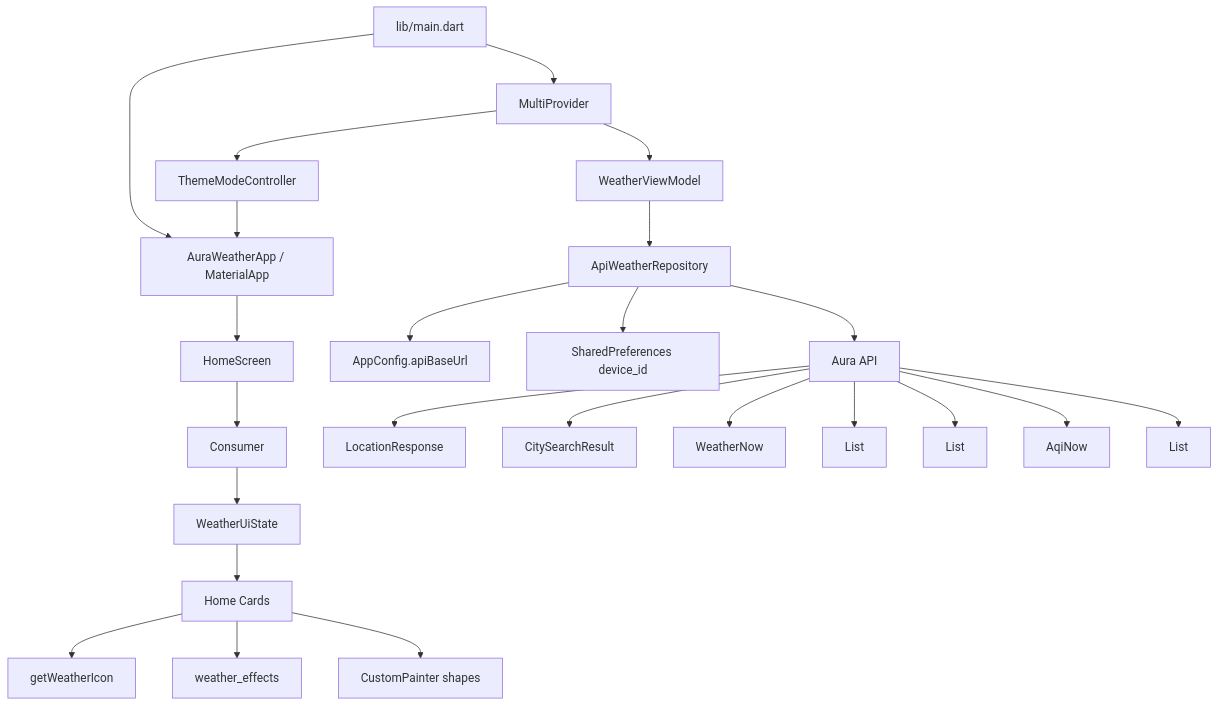
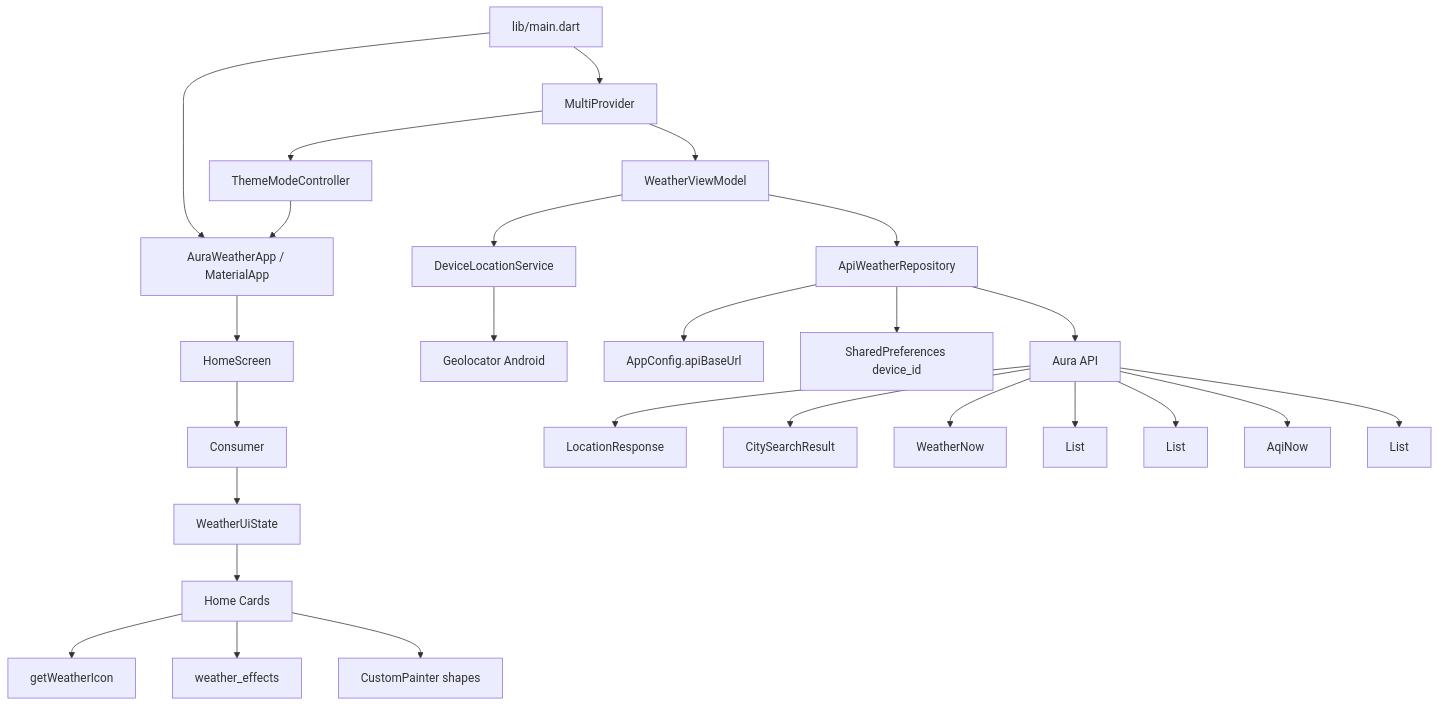
One commit to origami-suki/aura changed the first of 4 diagrams in doc/frontend-architecture.md. Above: the diagram before and after it, drawn with Mermaid. The commit also changed other lines of this file, not shown here.

First line of the commit message:
docs: document Android location bootstrap

````diff
--- a/doc/frontend-architecture.md
+++ b/doc/frontend-architecture.md
@@ -66,29 +69,31 @@
 ```mermaid
 flowchart TD
   main[lib/main.dart] --> provider[MultiProvider]
   provider --> vm[WeatherViewModel]
   provider --> theme[ThemeModeController]
   main --> app[AuraWeatherApp / MaterialApp]
   theme --> app
   app --> home[HomeScreen]
   home --> consumer[Consumer<WeatherViewModel>]
   consumer --> state[WeatherUiState]
 
   vm --> repo[ApiWeatherRepository]
+  vm --> locSvc[DeviceLocationService]
+  locSvc --> geolocator[Geolocator Android]
   repo --> config[AppConfig.apiBaseUrl]
   repo --> prefs[SharedPreferences device_id]
   repo --> api[Aura API]
 
   api --> location[LocationResponse]
   api --> city[CitySearchResult]
   api --> now[WeatherNow]
   api --> hourly[List<HourlyForecast>]
   api --> daily[List<DailyForecast>]
   api --> aqi[AqiNow]
   api --> indices[List<IndexInfo>]
 
   state --> cards[Home Cards]
   cards --> icons[getWeatherIcon]
   cards --> effects[weather_effects]
   cards --> painters[CustomPainter shapes]
 ```
````
